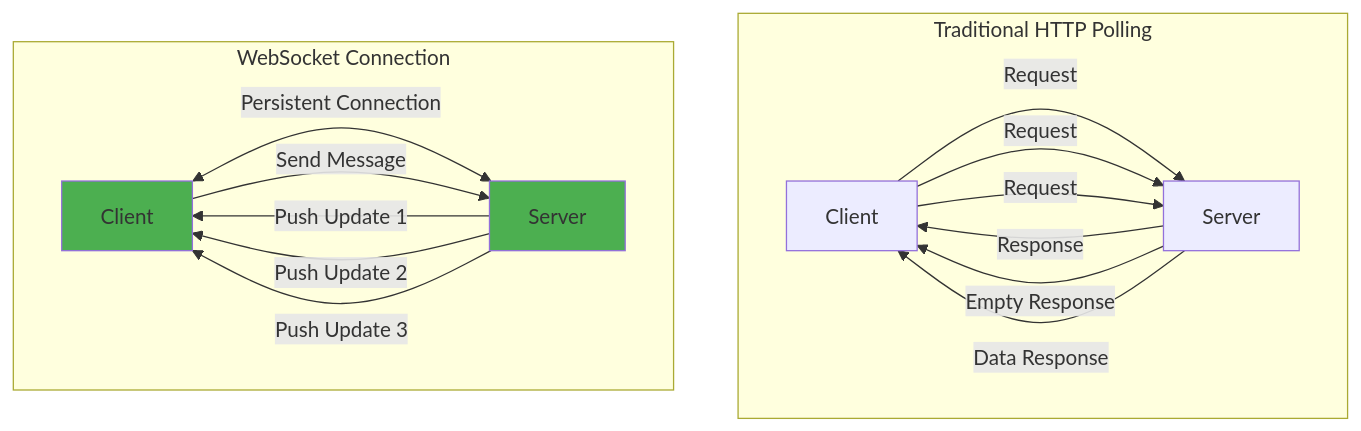
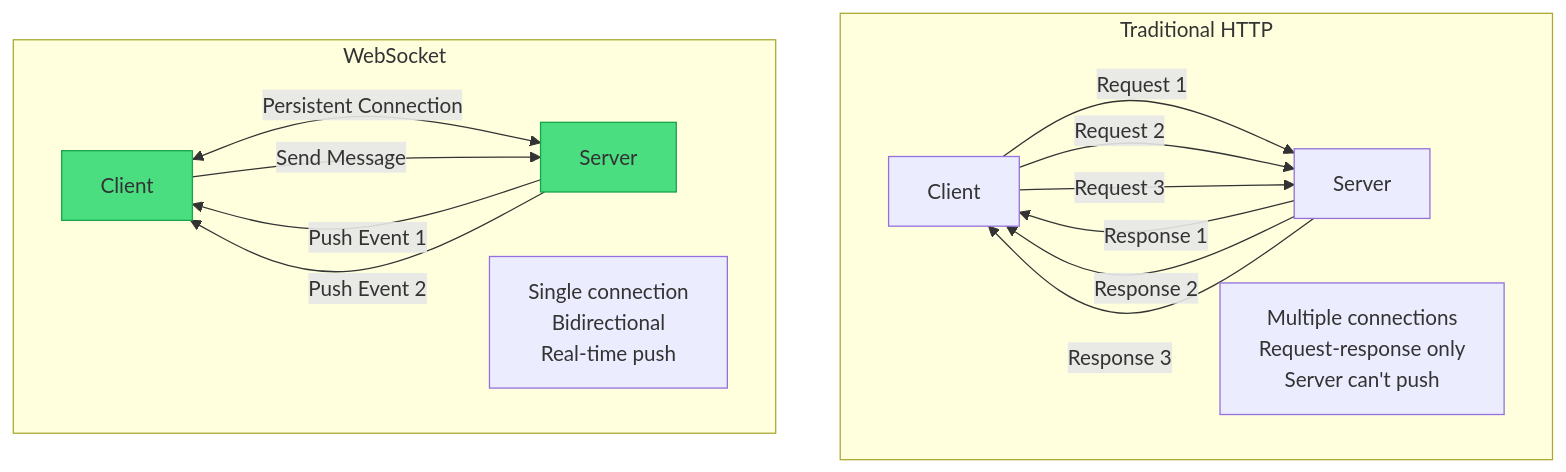
One commit to deepaucksharma/DStudio changed the first of 3 diagrams in docs/pattern-library/communication/websocket.md. Above: the diagram before and after it, drawn with Mermaid. The commit also changed other lines of this file and 64 other files, not shown here.

````diff
--- a/docs/pattern-library/communication/websocket.md
+++ b/docs/pattern-library/communication/websocket.md
@@ -78,22 +76,23 @@
 ```mermaid
 graph TB
- subgraph "Traditional HTTP Polling"
- C1[Client] -->|Request| S1[Server]
- S1 -->|Response| C1
- C1 -->|Request| S1
- S1 -->|Empty Response| C1
- C1 -->|Request| S1
- S1 -->|Data Response| C1
- end
- 
- subgraph "WebSocket Connection"
- C2[Client] <-->|Persistent Connection| S2[Server]
- S2 -->|Push Update 1| C2
- C2 -->|Send Message| S2
- S2 -->|Push Update 2| C2
- S2 -->|Push Update 3| C2
- end
- 
- style C2 fill:#4CAF50
- style S2 fill:#4CAF50
+    subgraph "Traditional HTTP"
+        C1[Client] -->|Request 1| S1[Server]
+        S1 -->|Response 1| C1
+        C1 -->|Request 2| S1
+        S1 -->|Response 2| C1
+        C1 -->|Request 3| S1
+        S1 -->|Response 3| C1
+        Note1[Multiple connections<br/>Request-response only<br/>Server can't push]
+    end
+    
+    subgraph "WebSocket"
+        C2[Client] <-->|Persistent Connection| S2[Server]
+        S2 -->|Push Event 1| C2
+        C2 -->|Send Message| S2
+        S2 -->|Push Event 2| C2
+        Note2[Single connection<br/>Bidirectional<br/>Real-time push]
+    end
+    
+    style C2 fill:#4ade80,stroke:#16a34a
+    style S2 fill:#4ade80,stroke:#16a34a
 ```
````
